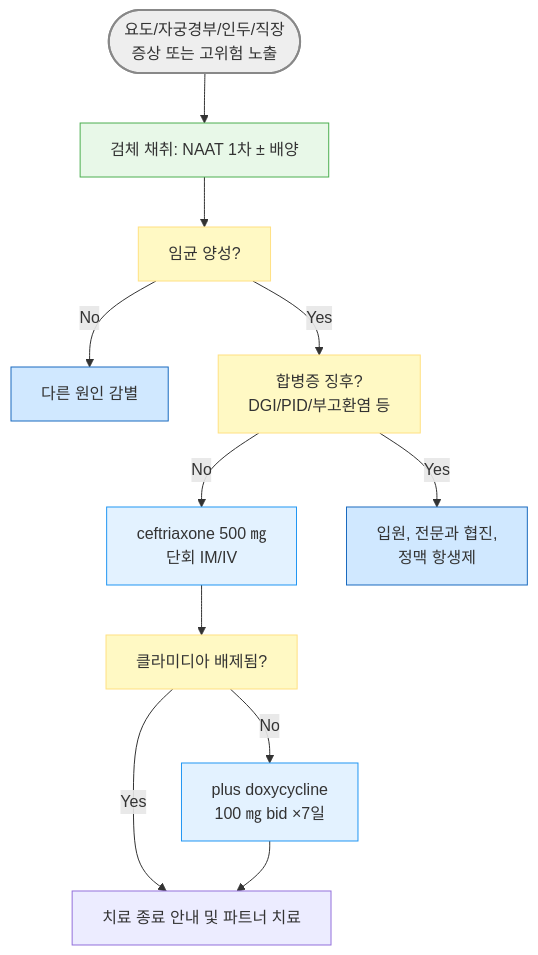
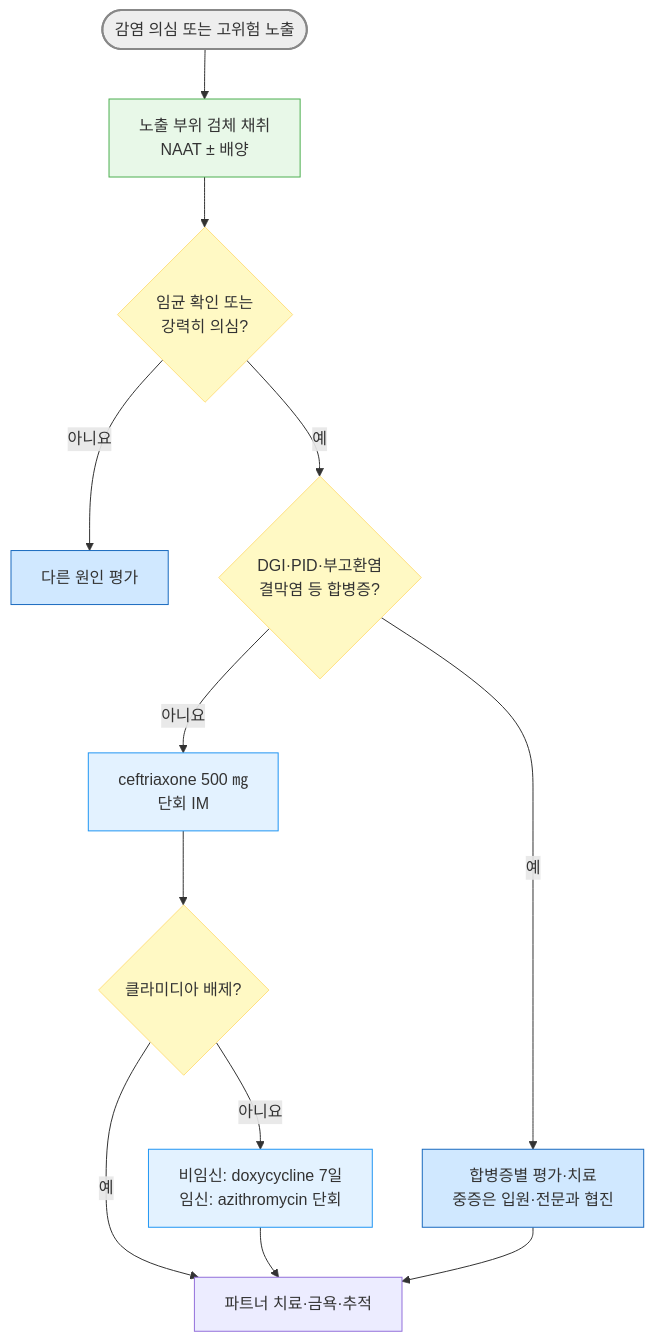
The diagram in 227_/115_-2.gonorrhea.md (familyoh77/familyoh77), drawn with Mermaid before and after one commit. The commit also changed other lines of this file and 3 other files, not shown here.

````diff
--- a/227_/115_-2.gonorrhea.md
+++ b/227_/115_-2.gonorrhea.md
@@ -103,23 +105,23 @@
 ```mermaid
 graph TD
-    A([요도/자궁경부/인두/직장 <br/>증상 또는 고위험 노출]) 
---> B[검체 채취: NAAT 1차 ± 배양]
-    B --> C[임균 양성?]
-    C -- No --> D[다른 원인 감별]
-    C -- Yes --> E[합병증 징후?<br>DGI/PID/부고환염 등]
-    E -- No --> F[ceftriaxone 500 ㎎ <br>단회 IM/IV]
-    E -- Yes --> G[입원, 전문과 협진, <br>정맥 항생제]
-    F --> H[클라미디아 배제됨?]
-    H -- No --> I[plus doxycycline <br>100 ㎎ bid ×7일]
-    H -- Yes --> J[치료 종료 안내 및 파트너 치료]
+    A([감염 의심 또는 고위험 노출]) --> B[노출 부위 검체 채취<br>NAAT ± 배양]
+    B --> C{임균 확인 또는<br>강력히 의심?}
+    C -- 아니요 --> D[다른 원인 평가]
+    C -- 예 --> E{DGI·PID·부고환염<br>결막염 등 합병증?}
+    E -- 예 --> G[합병증별 평가·치료<br>중증은 입원·전문과 협진]
+    E -- 아니요 --> F[ceftriaxone 500 ㎎<br>단회 IM]
+    F --> H{클라미디아 배제?}
+    H -- 아니요 --> I[비임신: doxycycline 7일<br>임신: azithromycin 단회]
+    H -- 예 --> J[파트너 치료·금욕·추적]
     I --> J
+    G --> J
 
 style A fill:#eeeeee,stroke:#888888,stroke-width:2px
 classDef yellow fill:#fff9c4,stroke:#ffe082
 class C,E,H yellow
 style B fill:#e8f8e8,stroke:#4caf50
 classDef blue fill:#d0e8ff,stroke:#1a6abf
 class D,G blue
 classDef sky fill:#e3f2ff,stroke:#2196f3
 class I,F sky
 ```
````
